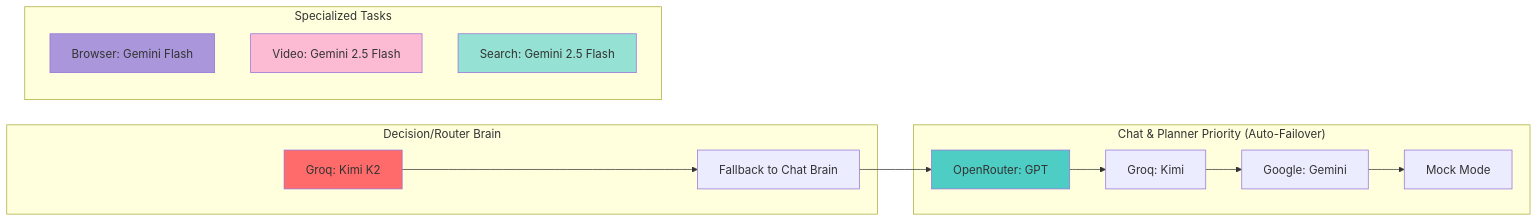
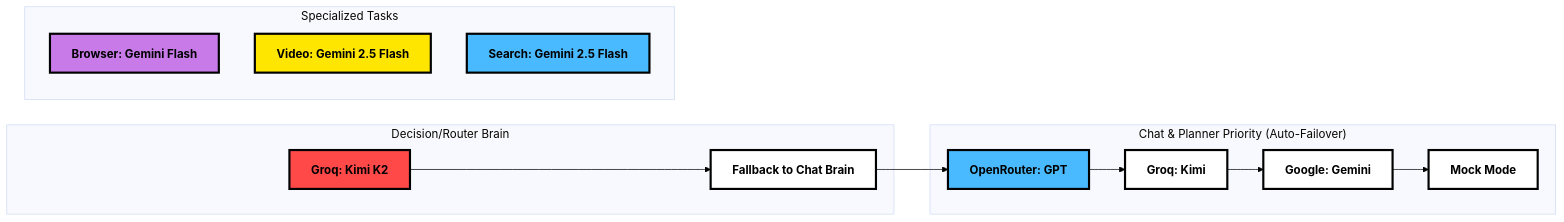
Before and after one commit to Garvit1000/nexus: the second of 6 diagrams in README.md, drawn with Mermaid. The commit also changed other lines of this file and 3 other files, not shown here.

````diff
--- a/README.md
+++ b/README.md
@@ -97,24 +97,25 @@
 ```mermaid
+%%{init: {"theme": "base", "themeVariables": {"fontFamily": "monospace", "lineColor": "#000"}}}%%
 graph LR
+    classDef default fill:#fff,stroke:#000,stroke-width:3px,color:#000,font-weight:bold;
+    classDef highlight fill:#ffe600,stroke:#000,stroke-width:3px,color:#000,font-weight:bold;
+    classDef secondary fill:#ff4949,stroke:#000,stroke-width:3px,color:#000,font-weight:bold;
+    classDef tertiary fill:#49baff,stroke:#000,stroke-width:3px,color:#000,font-weight:bold;
+    classDef purple fill:#c77ae8,stroke:#000,stroke-width:3px,color:#000,font-weight:bold;
     subgraph "Decision/Router Brain"
-        R1[Groq: Kimi K2] --> R2[Fallback to Chat Brain]
+        R1[Groq: Kimi K2]:::secondary --> R2[Fallback to Chat Brain]
     end
-    
+
     subgraph "Chat & Planner Priority (Auto-Failover)"
-        C1[OpenRouter: GPT] --> C2[Groq: Kimi] --> C3[Google: Gemini] --> C4[Mock Mode]
+        C1[OpenRouter: GPT]:::tertiary --> C2[Groq: Kimi] --> C3[Google: Gemini] --> C4[Mock Mode]
     end
-    
+
     subgraph "Specialized Tasks"
-        S1[Browser: Gemini Flash]
-        S2[Video: Gemini 2.5 Flash]
-        S3[Search: Gemini 2.5 Flash]
+        S1[Browser: Gemini Flash]:::purple
+        S2[Video: Gemini 2.5 Flash]:::highlight
+        S3[Search: Gemini 2.5 Flash]:::tertiary
     end
-    
+
     R2 --> C1
-    
-    style R1 fill:#ff6b6b
-    style C1 fill:#4ecdc4
-    style S1 fill:#aa96da
-    style S2 fill:#fcbad3
-    style S3 fill:#95e1d3
+
 ```
````
